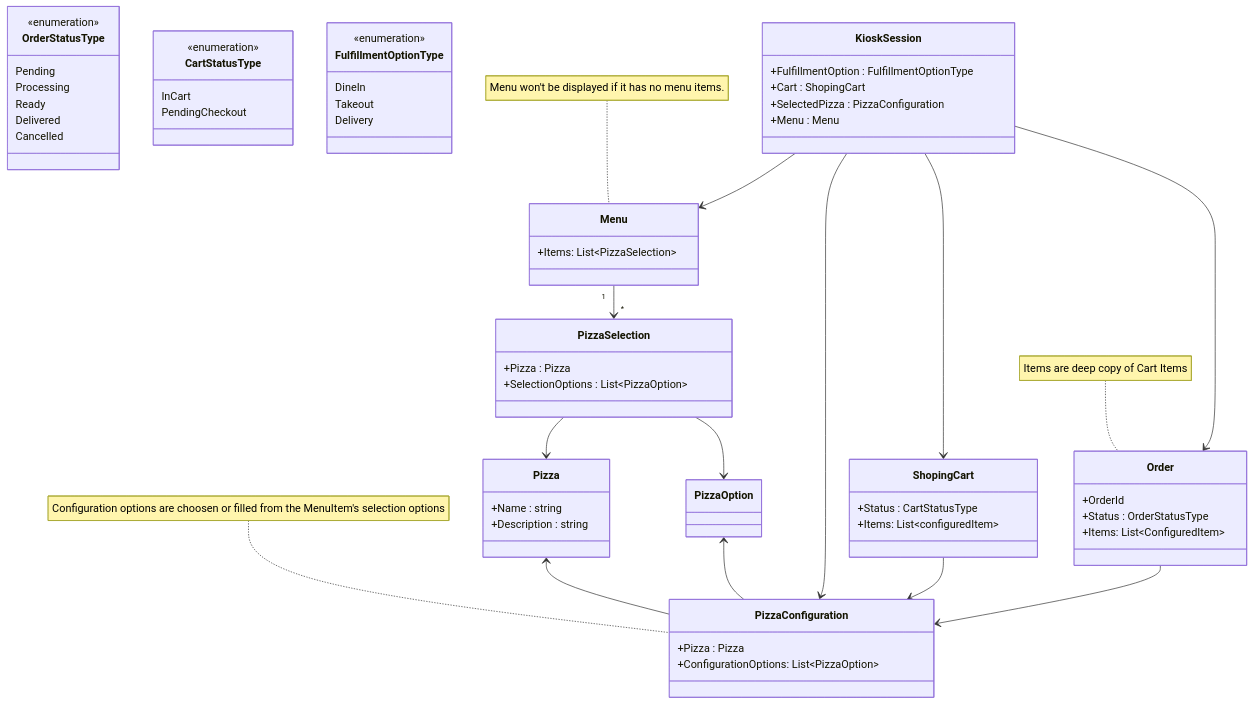
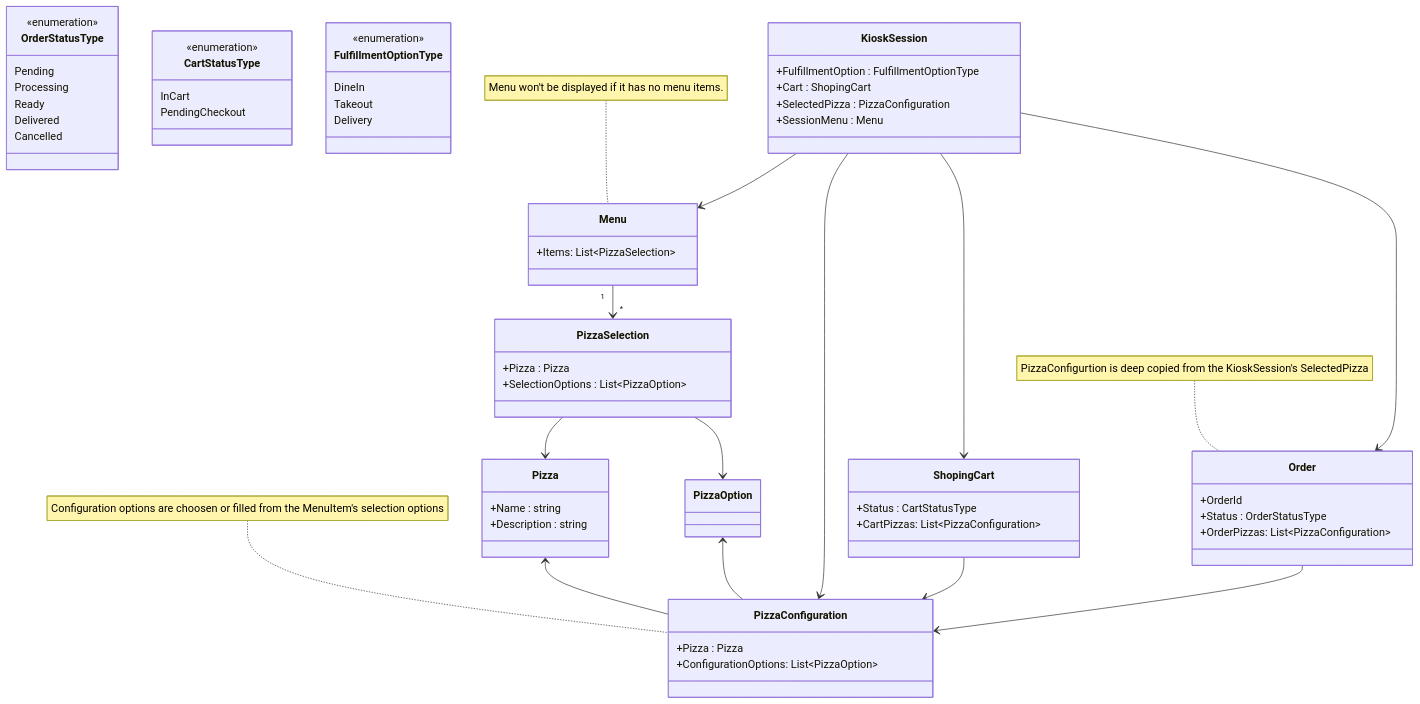
Before and after one commit to ekral/Utb.PizzaKiosk: the diagram in README.md, drawn with Mermaid.

Commit message:
Update class diagram

```diff
--- a/README.md
+++ b/README.md
@@ -188,19 +188,19 @@
       +FulfillmentOption : FulfillmentOptionType
       +Cart : ShopingCart
       +SelectedPizza : PizzaConfiguration
-      +Menu : Menu
+      +SessionMenu : Menu
    }
 
-   note for Order "Items are deep copy of Cart Items"
+   note for Order "PizzaConfigurtion is deep copied from the KioskSession's SelectedPizza"
    class Order{
       +OrderId
       +Status : OrderStatusType
-      +Items: List~ConfiguredItem~
+      +OrderPizzas: List~PizzaConfiguration~
    }
 
    class ShopingCart{
       +Status : CartStatusType
-      +Items: List~configuredItem~
+      +CartPizzas: List~PizzaConfiguration~
    }
 
    class PizzaOption{
@@ -228,19 +228,6 @@
       +Description : string
    }
 
-
-
-
-   
-
- 
-
-   
-
-
-
-   
-
    PizzaSelection --> Pizza
    Pizza <-- PizzaConfiguration
    PizzaSelection --> PizzaOption
```
